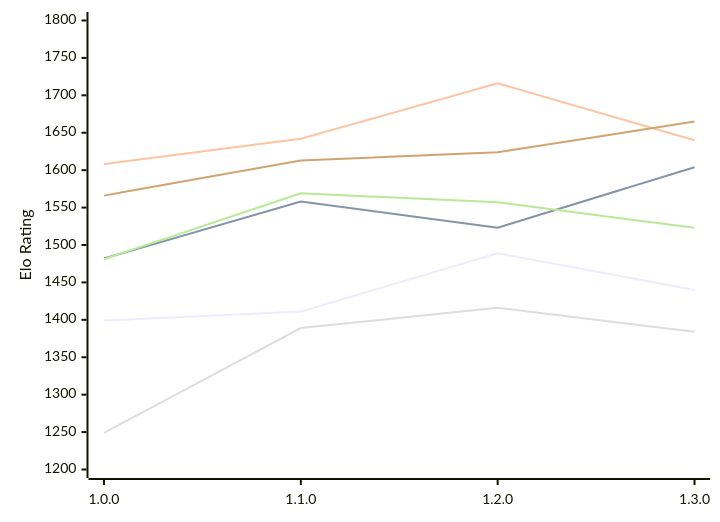
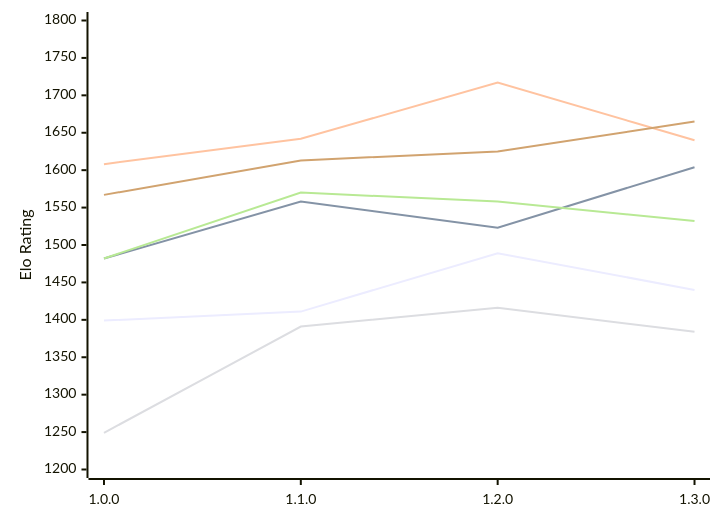
One commit to computer-chess-index/cci changed the diagram in engines/Klak.md. Above: the diagram before and after it, drawn with Mermaid. The commit also changed other lines of this file, not shown here.

Commit message:
Update CCI Ratings (ELO VLTC) - 2026-11-26

````diff
--- a/engines/Klak.md
+++ b/engines/Klak.md
@@ -53,12 +53,12 @@
 ```mermaid
 %%{init: {"theme":"base","themeVariables":{"seriesColors:['#a3a3a3','#222221','#faa371']}}}%%
 xychart-beta
   x-axis ["1.0.0", "1.1.0", "1.2.0", "1.3.0"]
   y-axis "Elo Rating" 1200 --> 1800
   line "E1: STC (8.0+0.08s)" [1399, 1411, 1489, 1440]
   line "E1: LTC (60.0+0.60s)" [1482, 1558, 1523, 1604]
-  line "E1: VLTC (2m24s+1.12s)" [1608, 1642, 1716, 1640]
-  line "P1: STC (8.0+0.08s)" [1249, 1389, 1416, 1384]
-  line "P1: LTC (60.0+0.60s)" [1481, 1569, 1557, 1523]
-  line "P1: VLTC (2m24s+1.12s)" [1566, 1613, 1624, 1665]
+  line "E1: VLTC (2m24s+1.12s)" [1608, 1642, 1717, 1640]
+  line "P1: STC (8.0+0.08s)" [1249, 1391, 1416, 1384]
+  line "P1: LTC (60.0+0.60s)" [1482, 1570, 1558, 1532]
+  line "P1: VLTC (2m24s+1.12s)" [1567, 1613, 1625, 1665]
 ```
````
